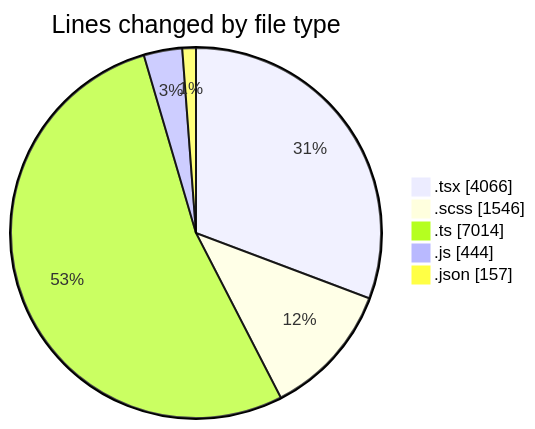
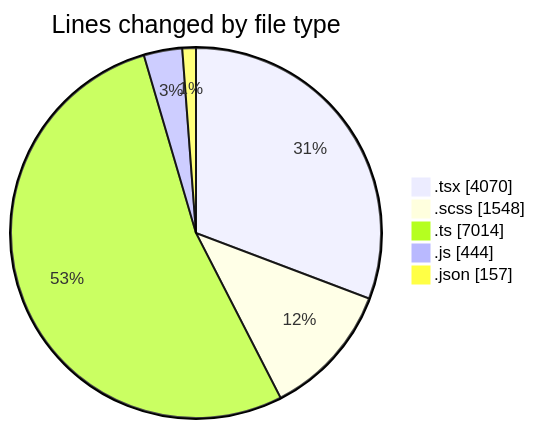
One commit to momahboobian/code-tracking changed the first of 2 diagrams in 2026-04-23/cda/README.md. Above: the diagram before and after it, drawn with Mermaid. The commit also changed other lines of this file and 1 other file, not shown here.

````diff
--- a/2026-04-23/cda/README.md
+++ b/2026-04-23/cda/README.md
@@ -44,9 +44,9 @@
 ```mermaid
 pie showData
 title Lines changed by file type
-".tsx" : 4066
-".scss" : 1546
+".tsx" : 4070
+".scss" : 1548
 ".ts" : 7014
 ".js" : 444
 ".json" : 157
 ```
````
